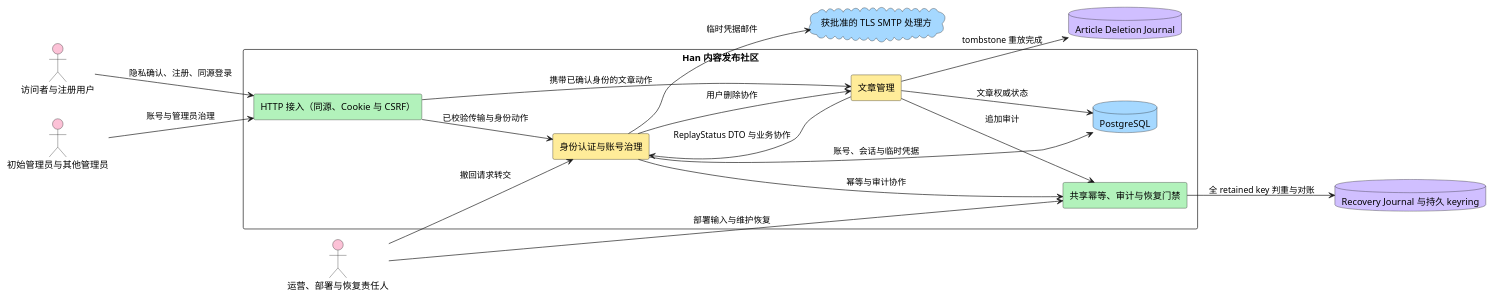
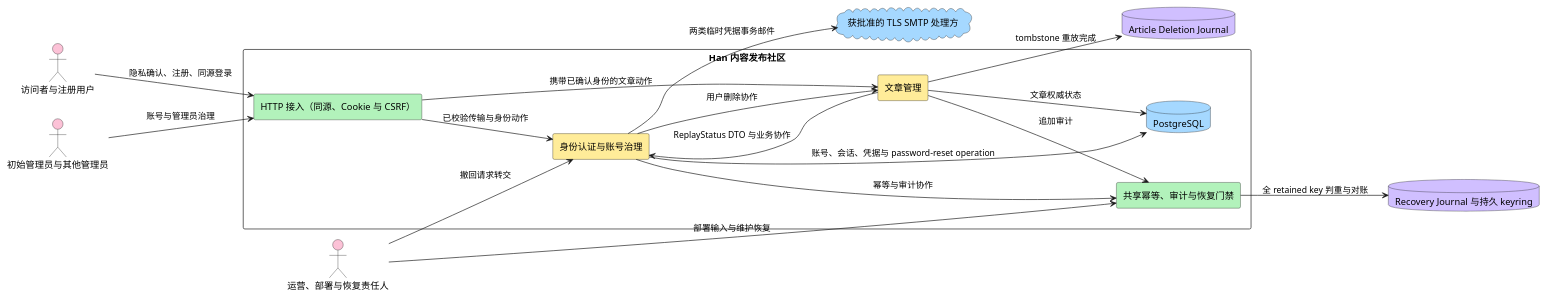
The diagram in .add/project/knowledge/design/identity-auth/boundary.md (jianghua-hub-ai/han), drawn with PlantUML before and after one commit. The commit also changed other lines of this file and 26 other files, not shown here.

````diff
--- a/.add/project/knowledge/design/identity-auth/boundary.md
+++ b/.add/project/knowledge/design/identity-auth/boundary.md
@@ -88,40 +92,40 @@
 ```plantuml
 @startuml
 skinparam shadowing false
 skinparam componentStyle rectangle
 skinparam defaultFontName "Microsoft YaHei"
 left to right direction
 
 actor "访问者与注册用户" as user #fcc2d7
 actor "初始管理员与其他管理员" as admin #fcc2d7
 actor "运营、部署与恢复责任人" as ops #fcc2d7
 
 rectangle "Han 内容发布社区" {
   component "HTTP 接入（同源、Cookie 与 CSRF）" as access #b2f2bb
   component "身份认证与账号治理" as identity #ffec99
   component "文章管理" as article #ffec99
   component "共享幂等、审计与恢复门禁" as shared #b2f2bb
   database "PostgreSQL" as db #a5d8ff
 }
 
 cloud "获批准的 TLS SMTP 处理方" as smtp #a5d8ff
 database "Recovery Journal 与持久 keyring" as journal #d0bfff
 database "Article Deletion Journal" as deletionJournal #d0bfff
 
 user --> access : 隐私确认、注册、同源登录
 admin --> access : 账号与管理员治理
 ops --> identity : 撤回请求转交
 ops --> shared : 部署输入与维护恢复
 access --> identity : 已校验传输与身份动作
 access --> article : 携带已确认身份的文章动作
 identity --> article : 用户删除协作
 article --> identity : ReplayStatus DTO 与业务协作
 identity --> shared : 幂等与审计协作
 article --> shared : 追加审计
 shared --> journal : 全 retained key 判重与对账
 article --> deletionJournal : tombstone 重放完成
-identity --> smtp : 临时凭据邮件
-identity --> db : 账号、会话与临时凭据
+identity --> smtp : 两类临时凭据事务邮件
+identity --> db : 账号、会话、凭据与 password-reset operation
 article --> db : 文章权威状态
 @enduml
 ```
````
